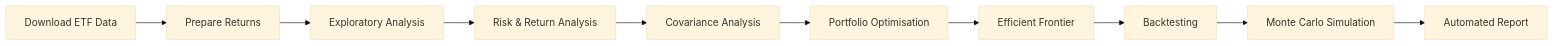
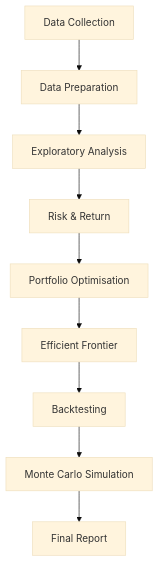
Before and after one commit to Jlawnat/Portfolio-Optimisation-System: the diagram in report/report.qmd, drawn with Mermaid (base theme). The commit also changed other lines of this file and 1 other file, not shown here.

Commit message:
report preparation

````diff
--- a/report/report.qmd
+++ b/report/report.qmd
@@ -92,14 +92,23 @@
 ```{mermaid}
-flowchart LR
+flowchart TD
 
-A[Download ETF Data]
--->B[Prepare Returns]
--->C[Exploratory Analysis]
--->D[Risk & Return Analysis]
--->E[Covariance Analysis]
--->F[Portfolio Optimisation]
--->G[Efficient Frontier]
--->H[Backtesting]
--->I[Monte Carlo Simulation]
--->J[Automated Report]
+A[Data Collection]
+B[Data Preparation]
+C[Exploratory Analysis]
+
+D[Risk & Return]
+E[Portfolio Optimisation]
+F[Efficient Frontier]
+
+G[Backtesting]
+H[Monte Carlo Simulation]
+I[Final Report]
+
+A --> B --> C
+C --> D
+D --> E
+E --> F
+F --> G
+G --> H
+H --> I
 ```
````
